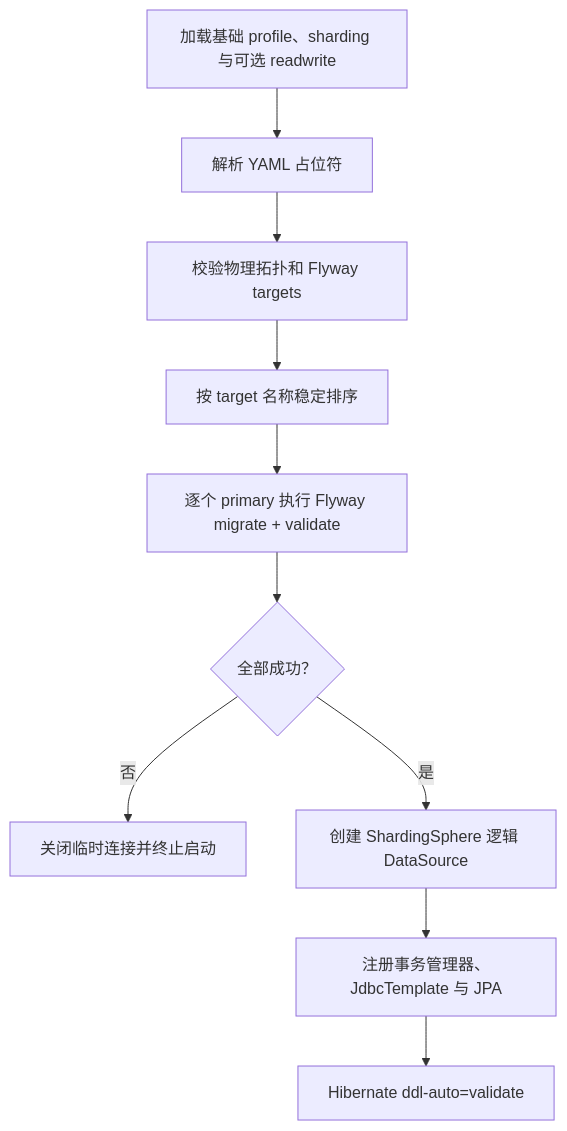
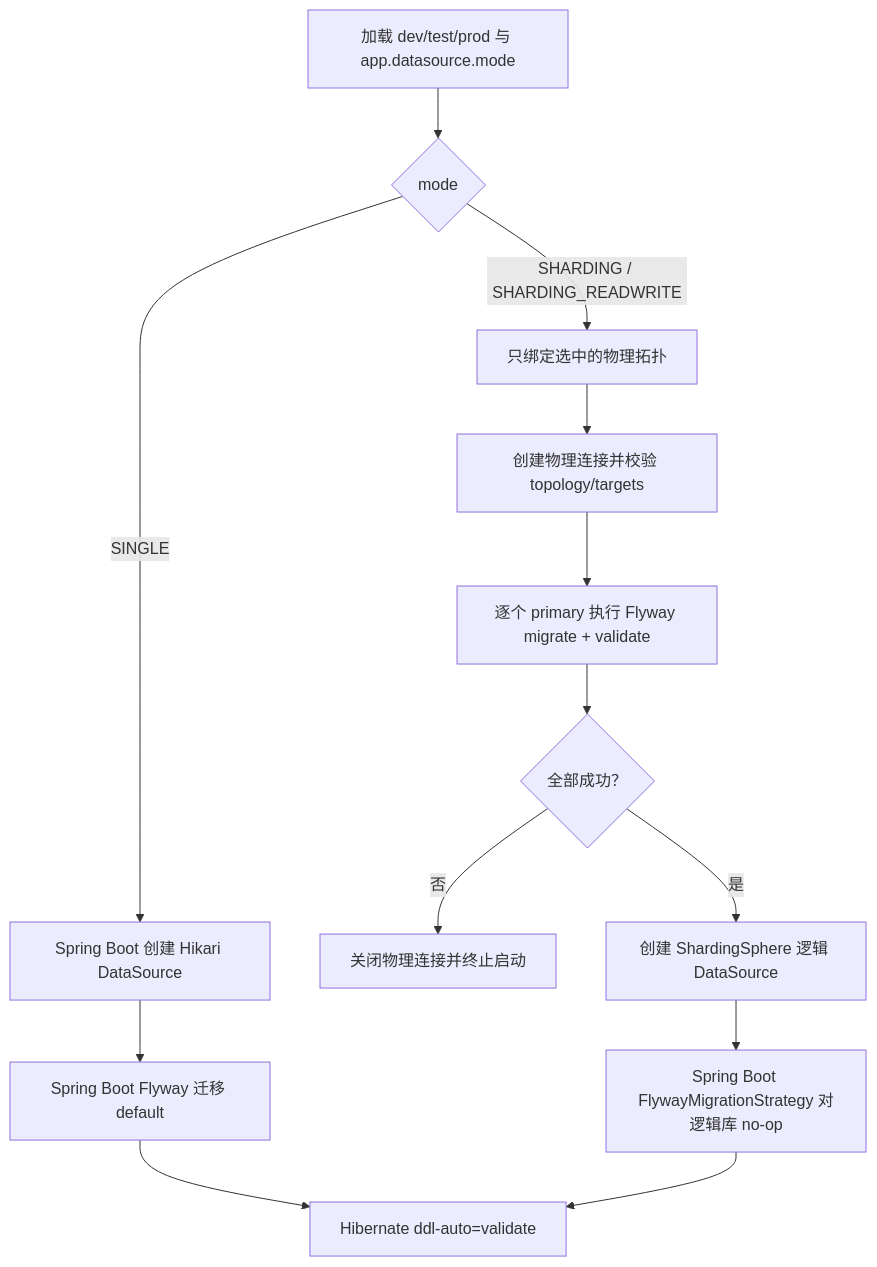
The diagram in docs/superpowers/specs/2026-07-23-archetype-shardingsphere-flyway-design.md (AllenDEricDAlexander/Egon-COLA), drawn with Mermaid before and after one commit. The commit also changed other lines of this file and 91 other files, not shown here.

Commit message:
fix(archetype): decouple datasource mode from profiles

````diff
--- a/docs/superpowers/specs/2026-07-23-archetype-shardingsphere-flyway-design.md
+++ b/docs/superpowers/specs/2026-07-23-archetype-shardingsphere-flyway-design.md
@@ -752,12 +760,15 @@
 ```mermaid
 flowchart TD
-    A["加载基础 profile、sharding 与可选 readwrite"] --> B["解析 YAML 占位符"]
-    B --> C["校验物理拓扑和 Flyway targets"]
-    C --> D["按 target 名称稳定排序"]
-    D --> E["逐个 primary 执行 Flyway migrate + validate"]
-    E --> F{"全部成功？"}
-    F -- "否" --> G["关闭临时连接并终止启动"]
-    F -- "是" --> H["创建 ShardingSphere 逻辑 DataSource"]
-    H --> I["注册事务管理器、JdbcTemplate 与 JPA"]
-    I --> J["Hibernate ddl-auto=validate"]
+    A["加载 dev/test/prod 与 app.datasource.mode"] --> B{"mode"}
+    B -- "SINGLE" --> C["Spring Boot 创建 Hikari DataSource"]
+    C --> D["Spring Boot Flyway 迁移 default"]
+    B -- "SHARDING / SHARDING_READWRITE" --> E["只绑定选中的物理拓扑"]
+    E --> F["创建物理连接并校验 topology/targets"]
+    F --> G["逐个 primary 执行 Flyway migrate + validate"]
+    G --> H{"全部成功？"}
+    H -- "否" --> I["关闭物理连接并终止启动"]
+    H -- "是" --> J["创建 ShardingSphere 逻辑 DataSource"]
+    J --> K["Spring Boot FlywayMigrationStrategy 对逻辑库 no-op"]
+    D --> L["Hibernate ddl-auto=validate"]
+    K --> L
 ```
````
